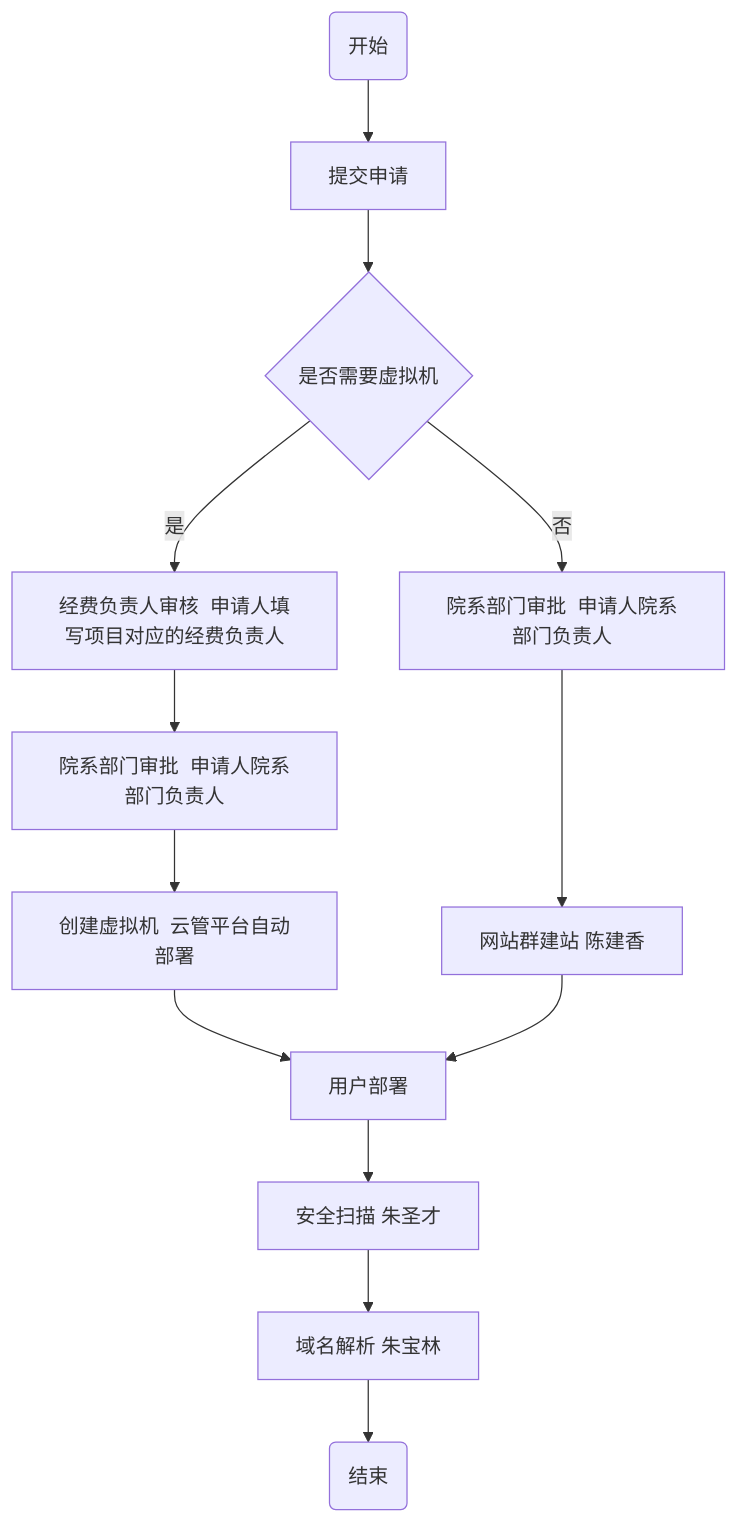
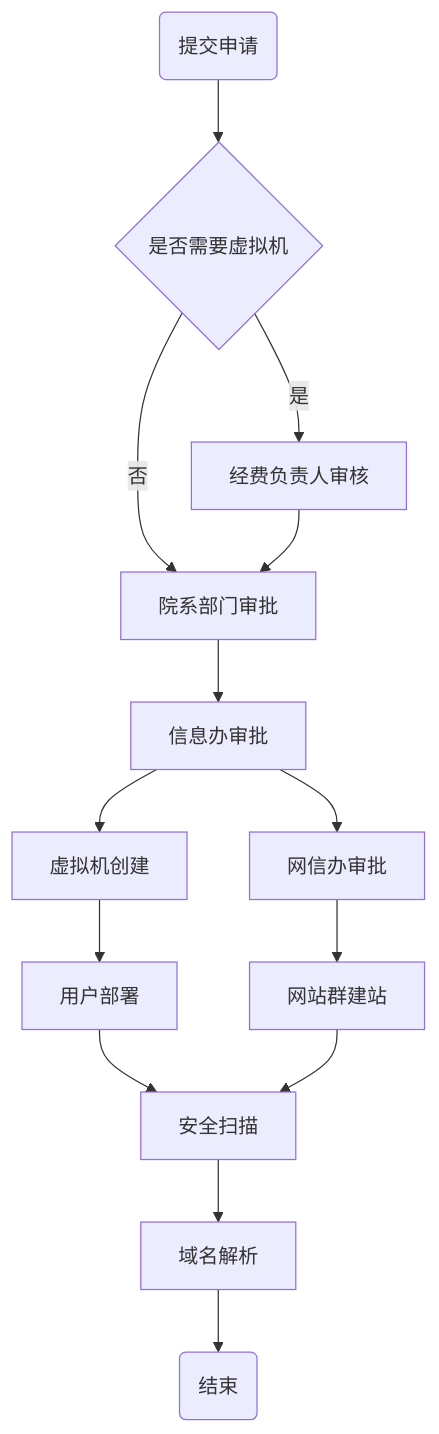
Before and after one commit to edsiongithub/hexo_source: the first of 4 diagrams in source/drafts/信息资产申请.md, drawn with Mermaid. The commit also changed other lines of this file and 4 other files, not shown here.

````diff
--- a/source/drafts/信息资产申请.md
+++ b/source/drafts/信息资产申请.md
@@ -11,15 +11,17 @@
 ```mermaid
 graph TB
-A(开始)-->
-B[提交申请]-->
-D{是否需要虚拟机}
-D -->|是| E[经费负责人审核  申请人填写项目对应的经费负责人]
-D -->|否| C[院系部门审批  申请人院系部门负责人]---> F[网站群建站  陈建香]
-E --> L[院系部门审批  申请人院系部门负责人]
-L --> M[创建虚拟机  云管平台自动部署]
-M --> G
-F --> G[用户部署]
-G --> H[安全扫描    朱圣才]
-H --> I[域名解析    朱宝林]
-I --> K(结束)
+A(提交申请)-->
+C{是否需要虚拟机}
+C -->|是| D[经费负责人审核]
+C -->|否| E[院系部门审批]
+D --> E[院系部门审批] 
+E --> G[信息办审批]
+G --> H[虚拟机创建]
+G --> I[网信办审批]
+H --> J[用户部署]
+I --> K[网站群建站]
+J --> L[安全扫描]
+K --> L
+L --> M[域名解析]
+M --> N(结束)
 ```
````
